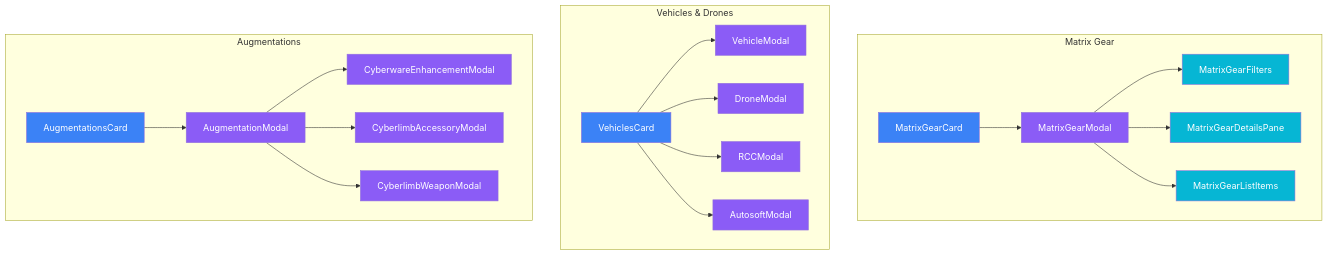
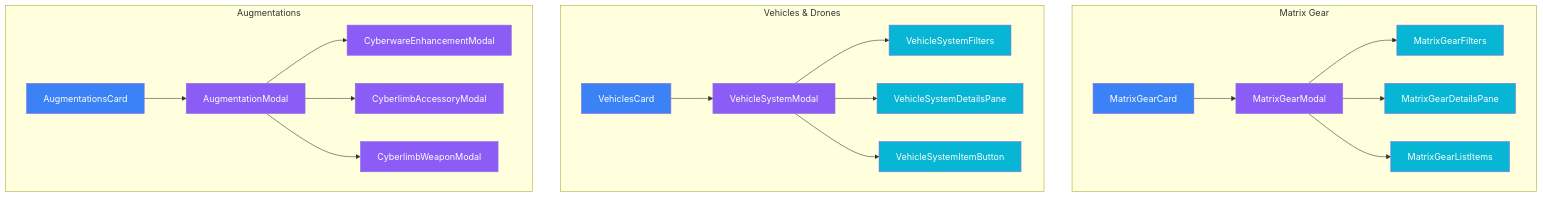
The diagram in docs/architecture/creation-components/06-matrix-vehicles.md (Jasrags/ShadowMaster), drawn with Mermaid before and after one commit. The commit also changed other lines of this file and 7 other files, not shown here.

First line of the commit message:
refactor(creation): Extract VehicleSystemModal sub-components (#301)

````diff
--- a/docs/architecture/creation-components/06-matrix-vehicles.md
+++ b/docs/architecture/creation-components/06-matrix-vehicles.md
@@ -7,57 +7,57 @@
 ```mermaid
 graph TD
     subgraph "Matrix Gear"
         MatrixGearCard[MatrixGearCard]
         MatrixGearModal[MatrixGearModal]
         MatrixGearFilters[MatrixGearFilters]
         MatrixGearDetailsPane[MatrixGearDetailsPane]
         MatrixGearListItems[MatrixGearListItems]
 
         MatrixGearCard --> MatrixGearModal
         MatrixGearModal --> MatrixGearFilters
         MatrixGearModal --> MatrixGearDetailsPane
         MatrixGearModal --> MatrixGearListItems
     end
 
     subgraph "Vehicles & Drones"
         VehiclesCard[VehiclesCard]
-        VehicleModal[VehicleModal]
-        DroneModal[DroneModal]
-        RCCModal[RCCModal]
-        AutosoftModal[AutosoftModal]
+        VehicleSystemModal[VehicleSystemModal]
+        VehicleSystemFilters[VehicleSystemFilters]
+        VehicleSystemDetailsPane[VehicleSystemDetailsPane]
+        VehicleSystemItemButton[VehicleSystemItemButton]
 
-        VehiclesCard --> VehicleModal
-        VehiclesCard --> DroneModal
-        VehiclesCard --> RCCModal
-        VehiclesCard --> AutosoftModal
+        VehiclesCard --> VehicleSystemModal
+        VehicleSystemModal --> VehicleSystemFilters
+        VehicleSystemModal --> VehicleSystemDetailsPane
+        VehicleSystemModal --> VehicleSystemItemButton
     end
 
     subgraph "Augmentations"
         AugmentationsCard[AugmentationsCard]
         AugmentationModal[AugmentationModal]
         CyberwareEnhancementModal[CyberwareEnhancementModal]
         CyberlimbAccessoryModal[CyberlimbAccessoryModal]
         CyberlimbWeaponModal[CyberlimbWeaponModal]
 
         AugmentationsCard --> AugmentationModal
         AugmentationModal --> CyberwareEnhancementModal
         AugmentationModal --> CyberlimbAccessoryModal
         AugmentationModal --> CyberlimbWeaponModal
     end
 
     style MatrixGearCard fill:#3b82f6,color:#fff
     style MatrixGearModal fill:#8b5cf6,color:#fff
     style MatrixGearFilters fill:#06b6d4,color:#fff
     style MatrixGearDetailsPane fill:#06b6d4,color:#fff
     style MatrixGearListItems fill:#06b6d4,color:#fff
     style VehiclesCard fill:#3b82f6,color:#fff
-    style VehicleModal fill:#8b5cf6,color:#fff
-    style DroneModal fill:#8b5cf6,color:#fff
-    style RCCModal fill:#8b5cf6,color:#fff
-    style AutosoftModal fill:#8b5cf6,color:#fff
+    style VehicleSystemModal fill:#8b5cf6,color:#fff
+    style VehicleSystemFilters fill:#06b6d4,color:#fff
+    style VehicleSystemDetailsPane fill:#06b6d4,color:#fff
+    style VehicleSystemItemButton fill:#06b6d4,color:#fff
     style AugmentationsCard fill:#3b82f6,color:#fff
     style AugmentationModal fill:#8b5cf6,color:#fff
     style CyberwareEnhancementModal fill:#8b5cf6,color:#fff
     style CyberlimbAccessoryModal fill:#8b5cf6,color:#fff
     style CyberlimbWeaponModal fill:#8b5cf6,color:#fff
 ```
````
